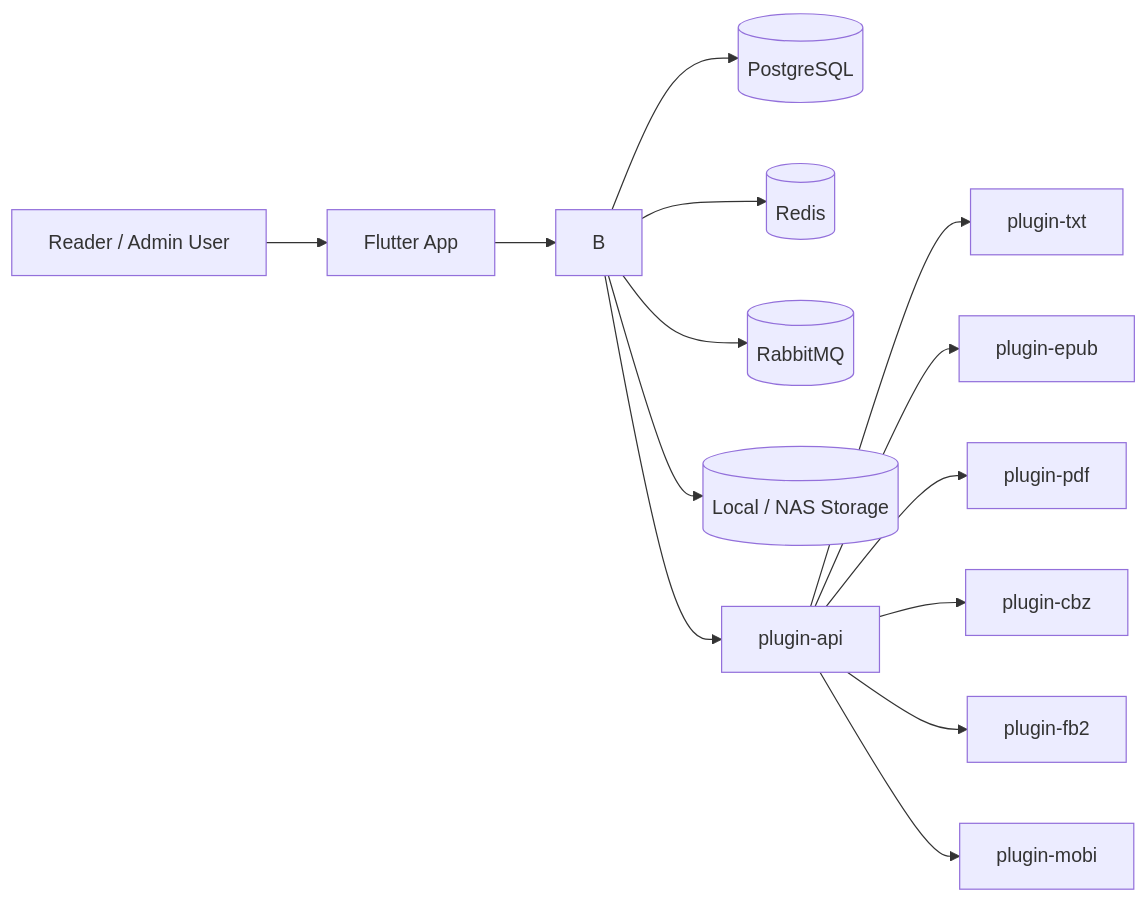
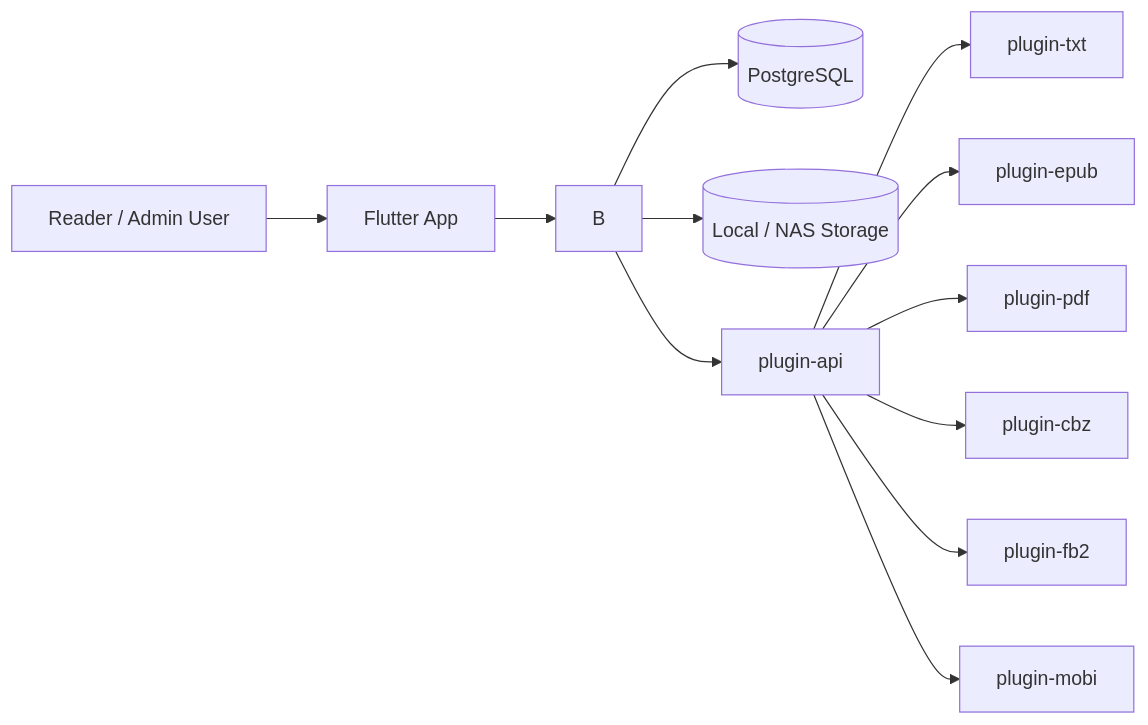
Before and after one commit to mini2436/Books: the first of 3 diagrams in docs/系统详细设计文档.md, drawn with Mermaid. The commit also changed 11 other files, not shown here.

Commit message:
移除 Redis 与 RabbitMQ 依赖

````diff
--- a/docs/系统详细设计文档.md
+++ b/docs/系统详细设计文档.md
@@ -63,19 +63,17 @@
 ```mermaid
 flowchart LR
     U[Reader / Admin User] --> M[Flutter App]
 
     M --> B
 
     B --> PG[(PostgreSQL)]
-    B --> R[(Redis)]
-    B --> MQ[(RabbitMQ)]
     B --> FS[(Local / NAS Storage)]
 
     B --> P0[plugin-api]
     P0 --> P1[plugin-txt]
     P0 --> P2[plugin-epub]
     P0 --> P3[plugin-pdf]
     P0 --> P4[plugin-cbz]
     P0 --> P5[plugin-fb2]
     P0 --> P6[plugin-mobi]
 ```
````
